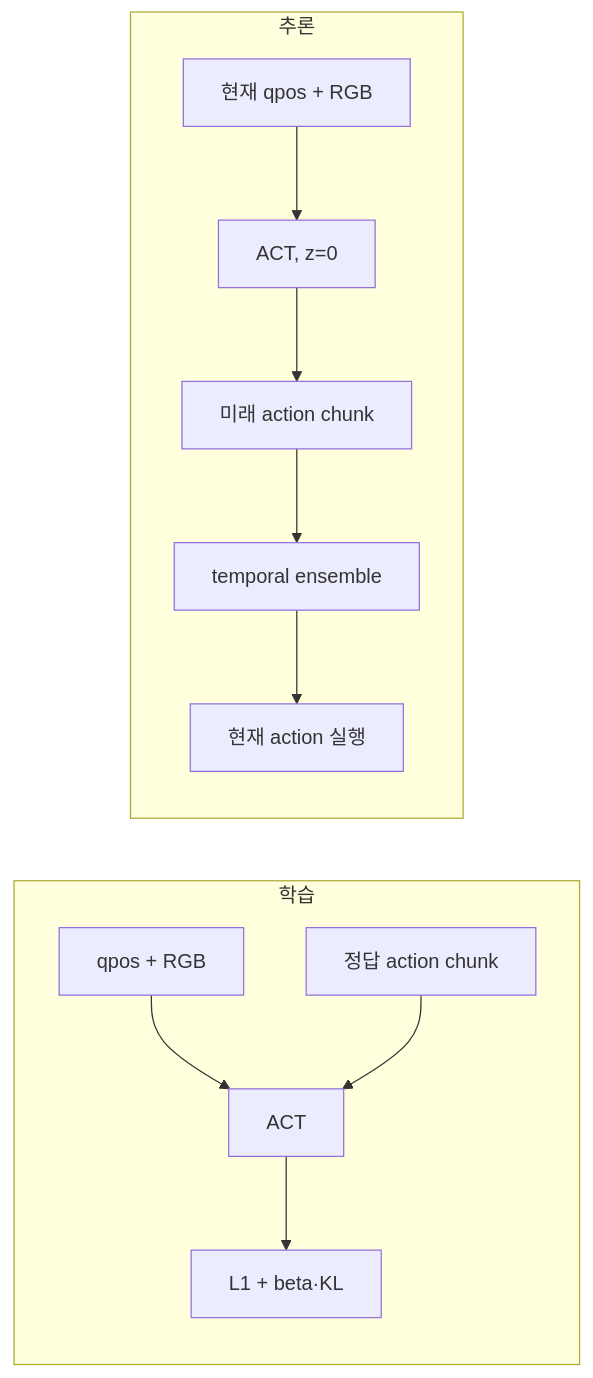
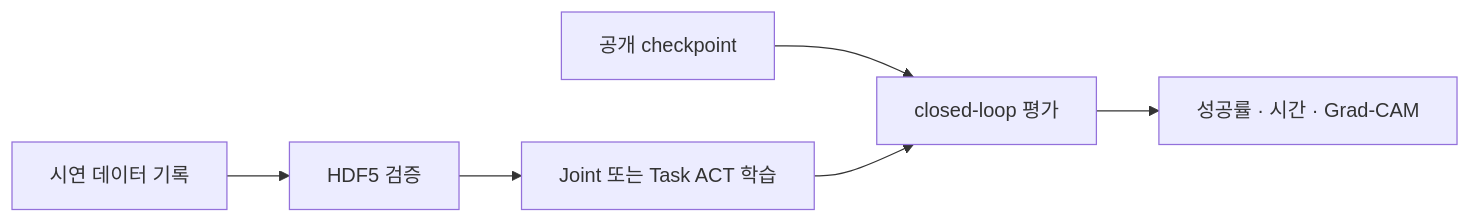
The diagram in docs/guide/il/index.md (Geonhee-LEE/aiworker-mj-lab), drawn with Mermaid before and after one commit. The commit also changed other lines of this file and 8 other files, not shown here.

````diff
--- a/docs/guide/il/index.md
+++ b/docs/guide/il/index.md
@@ -66,14 +40,8 @@
 ```mermaid
 flowchart LR
-    subgraph Train["학습"]
-        TO["qpos + RGB"] --> TP["ACT"]
-        TA["정답 action chunk"] --> TP
-        TP --> TL["L1 + beta·KL"]
-    end
-    subgraph Infer["추론"]
-        IO["현재 qpos + RGB"] --> IP["ACT, z=0"]
-        IP --> IC["미래 action chunk"]
-        IC --> IE["temporal ensemble"]
-        IE --> IA["현재 action 실행"]
-    end
+    HF["공개 checkpoint"] --> EVAL["closed-loop 평가"]
+    REC["시연 데이터 기록"] --> VALID["HDF5 검증"]
+    VALID --> TRAIN["Joint 또는 Task ACT 학습"]
+    TRAIN --> EVAL
+    EVAL --> ANALYZE["성공률 · 시간 · Grad-CAM"]
 ```
````
